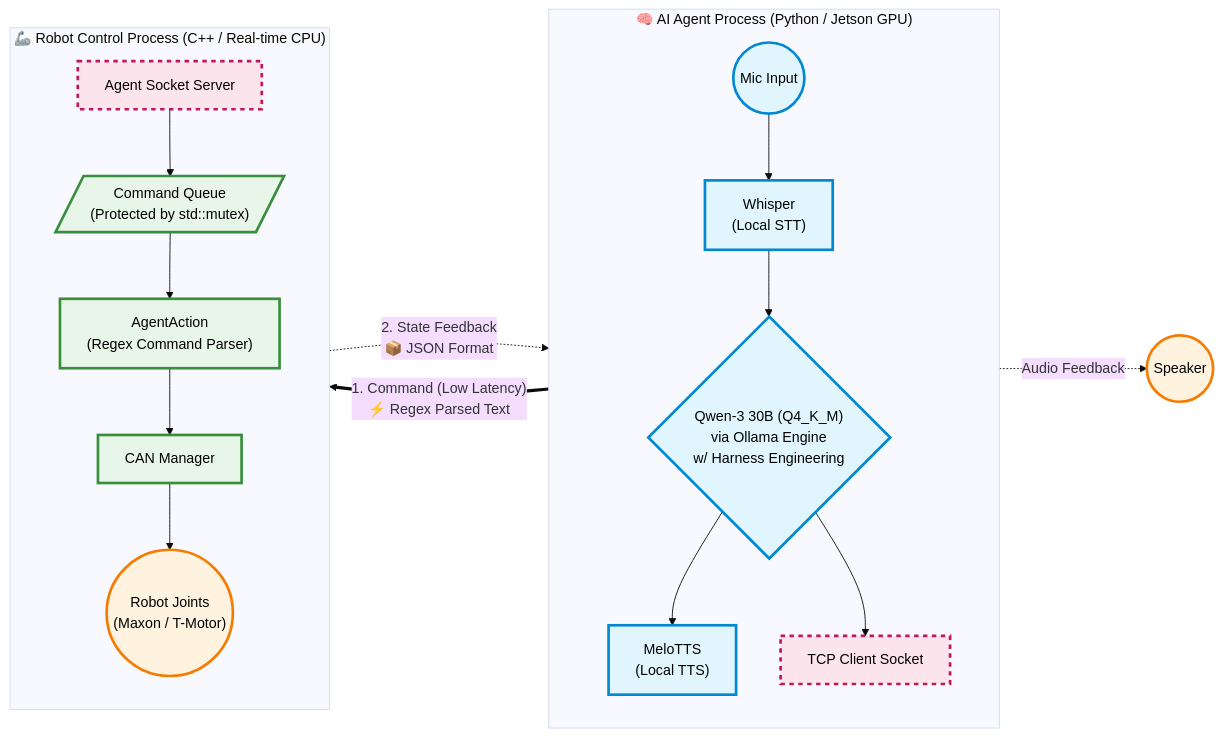
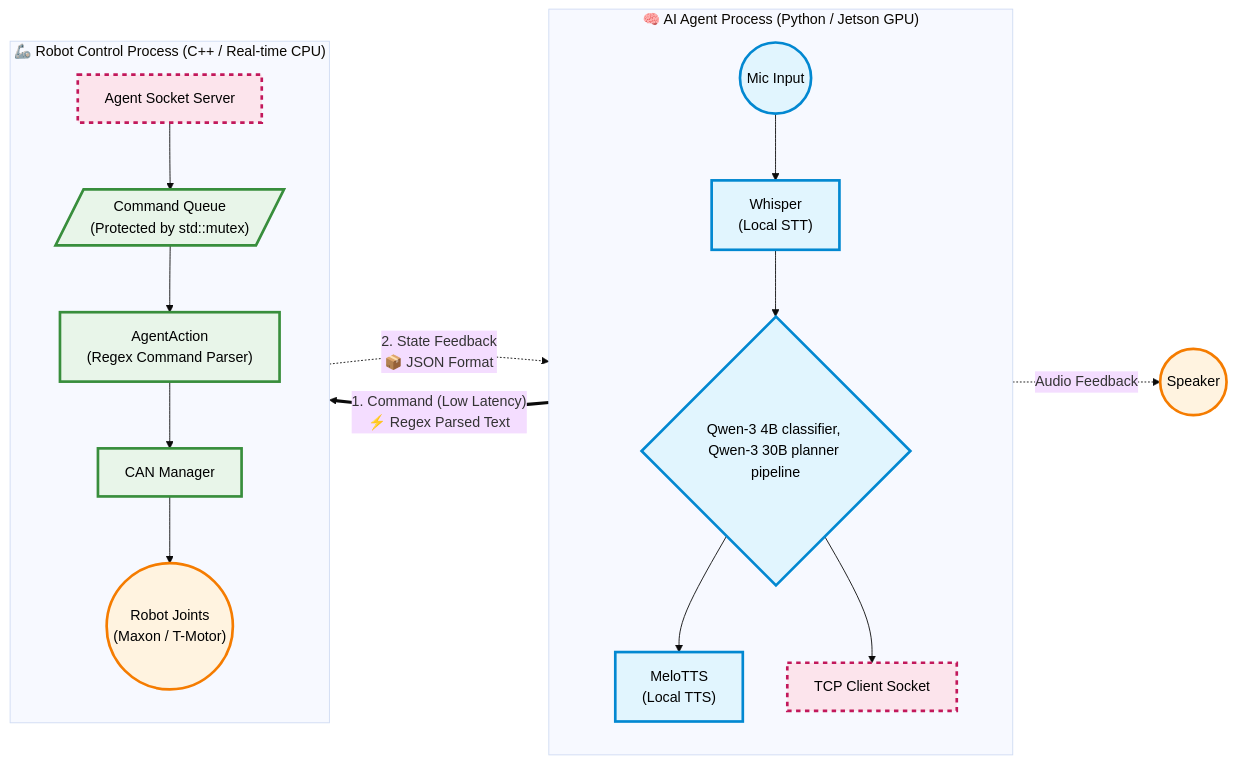
One commit to KIST-delight-robotics/DrumRobot2 changed the diagram in README.md. Above: the diagram before and after it, drawn with Mermaid (base theme).

````diff
--- a/README.md
+++ b/README.md
@@ -21,43 +21,43 @@
 ```mermaid
 ---
 config:
   layout: dagre
 ---
 graph LR
     %% Styling Definitions
     classDef pythonBox fill:#E1F5FE,stroke:#0288D1,stroke-width:3px,color:#000;
     classDef cppBox fill:#E8F5E9,stroke:#388E3C,stroke-width:3px,color:#000;
     classDef hardware fill:#FFF3E0,stroke:#F57C00,stroke-width:3px,color:#000;
     classDef highlight fill:#FCE4EC,stroke:#C2185B,stroke-width:3px,stroke-dasharray: 5 5,color:#000;
 
     subgraph Brain ["🧠 AI Agent Process (Python / Jetson GPU)"]
         direction TB
         Mic((Mic Input)) --> STT["Whisper<br/>(Local STT)"]
-        STT --> LLM{"Qwen-3 30B (Q4_K_M)<br/>via Ollama Engine<br/>w/ Harness Engineering"}
+        STT --> LLM{"Qwen-3 4B classifier, Qwen-3 30B planner pipeline"}
         LLM --> TTS["MeloTTS<br/>(Local TTS)"]
         LLM --> PySocket["TCP Client Socket"]
         
         class Mic,STT,LLM,TTS,PySocket pythonBox;
     end
 
     subgraph Body ["🦾 Robot Control Process (C++ / Real-time CPU)"]
         direction TB
         CppSocket["Agent Socket Server"] --> MutexQueue[/"Command Queue<br/>(Protected by std::mutex)"/]
         MutexQueue --> ActionDispatcher["AgentAction<br/>(Regex Command Parser)"]
         ActionDispatcher --> CanManager["CAN Manager"]
         CanManager --> Motors(("Robot Joints<br/>(Maxon / T-Motor)"))
         
         class CppSocket,MutexQueue,ActionDispatcher,CanManager cppBox;
         class Motors hardware;
     end
 
     %% IPC Connection (Asymmetric Communication)
     PySocket ==>|"1. Command (Low Latency)<br/>⚡ Regex Parsed Text"| CppSocket
     CppSocket -.->|"2. State Feedback<br/>📦 JSON Format"| PySocket
     
     class PySocket,CppSocket highlight;
 
     %% TTS Output
     TTS -.->|"Audio Feedback"| Speaker((Speaker))
     class Speaker hardware;
 ```
````
